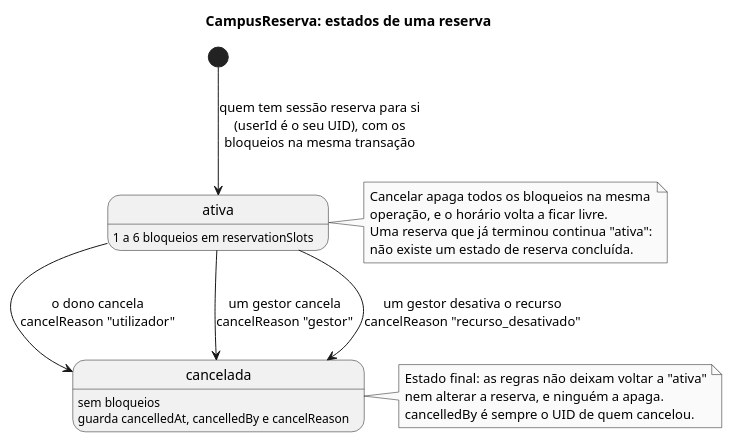
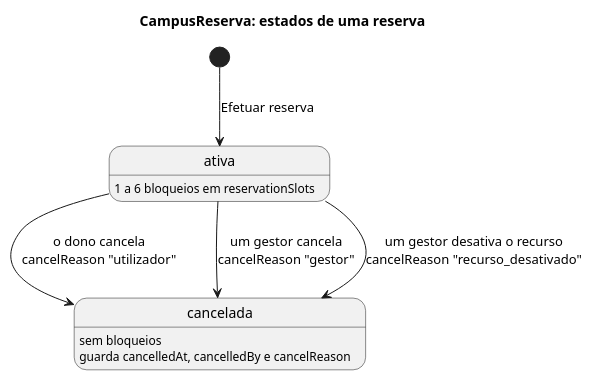
One commit to diogofcpereira/CampusReserva changed the diagram in docs/diagramas/estados-reserva.puml. Above: the diagram before and after it, drawn with PlantUML. The commit also changed 7 other files, not shown here.

```diff
--- a/docs/diagramas/estados-reserva.puml
+++ b/docs/diagramas/estados-reserva.puml
@@ -1,37 +1,24 @@
 @startuml estados-reserva
 ' Capítulo 6: Reservas sem sobreposição.
 ' Fontes: public/js/dashboard.js (confirmReservationBtn, cancelPendingReservation,
 ' confirmResourceDeactivation) e firestore.rules (match /reservations e validCancellation).
 
 title CampusReserva: estados de uma reserva
 
 skinparam monochrome true
 skinparam shadowing false
 hide empty description
 
 state "ativa" as ativa
 state "cancelada" as cancelada
 
 ativa : 1 a 6 bloqueios em reservationSlots
 cancelada : sem bloqueios
 cancelada : guarda cancelledAt, cancelledBy e cancelReason
 
-[*] --> ativa : quem tem sessão reserva para si\n(userId é o seu UID), com os\nbloqueios na mesma transação
+[*] --> ativa : Efetuar reserva
 ativa --> cancelada : o dono cancela\ncancelReason "utilizador"
 ativa --> cancelada : um gestor cancela\ncancelReason "gestor"
 ativa --> cancelada : um gestor desativa o recurso\ncancelReason "recurso_desativado"
 
-note right of ativa
-  Cancelar apaga todos os bloqueios na mesma
-  operação, e o horário volta a ficar livre.
-  Uma reserva que já terminou continua "ativa":
-  não existe um estado de reserva concluída.
-end note
-
-note right of cancelada
-  Estado final: as regras não deixam voltar a "ativa"
-  nem alterar a reserva, e ninguém a apaga.
-  cancelledBy é sempre o UID de quem cancelou.
-end note
-
 @enduml
```
